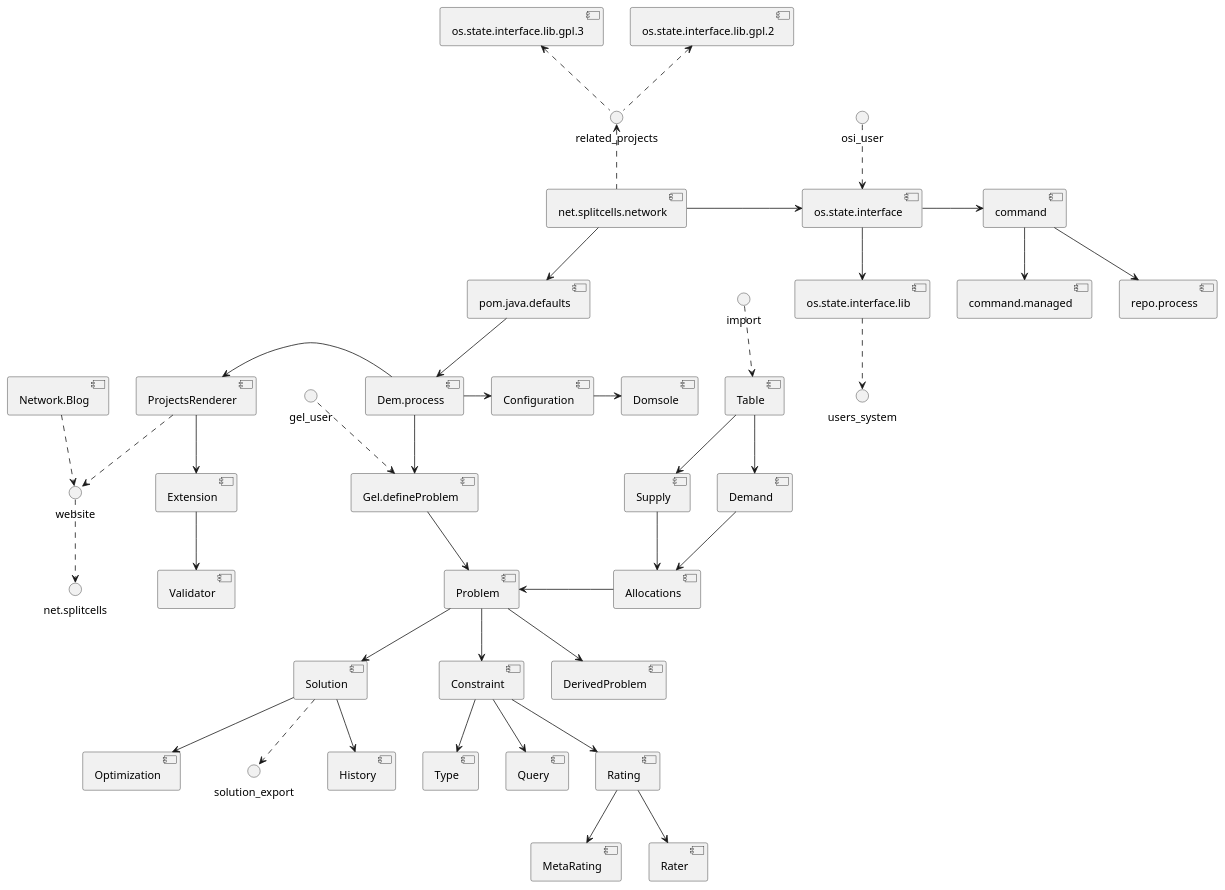
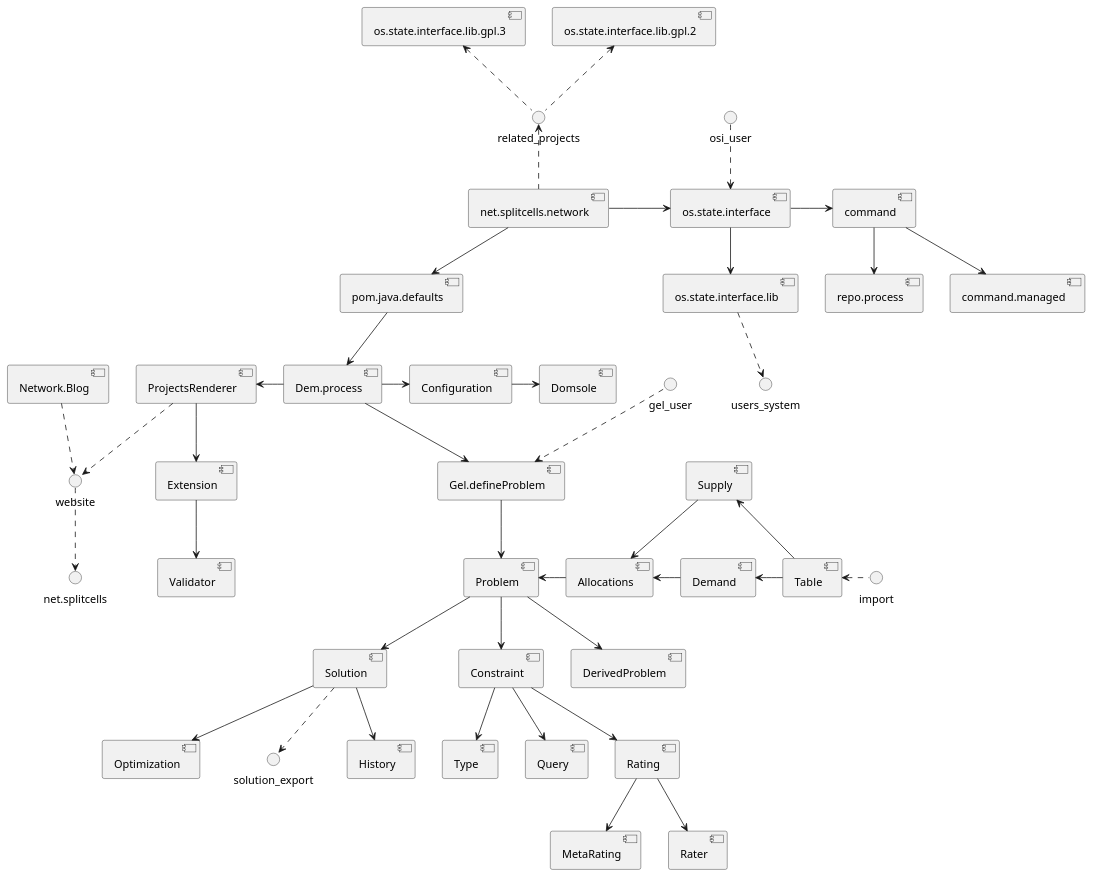
One commit to www-splitcells-net/net.splitcells.network changed the first of 2 diagrams in src/main/md/net/splitcells/network/overview.md. Above: the diagram before and after it, drawn with PlantUML.

Commit message:
#77 Improve layout.

````diff
--- a/src/main/md/net/splitcells/network/overview.md
+++ b/src/main/md/net/splitcells/network/overview.md
@@ -11,50 +11,50 @@
 ```puml
 @startuml
 
 [net.splitcells.network] .up.> related_projects
 related_projects .up.> [os.state.interface.lib.gpl.2]
 related_projects .up.> [os.state.interface.lib.gpl.3]
 [net.splitcells.network] -down-> [pom.java.defaults]
 
 [pom.java.defaults] -down-> [Dem.process]
 [Dem.process] -right-> [Configuration]
 [Configuration] -right-> [Domsole]
 [Dem.process] -down-> [Gel.defineProblem]
 gel_user .down.> [Gel.defineProblem]
 [Gel.defineProblem] -down-> [Problem]
 [Problem] -down-> [Solution]
 [Solution] -down-> [Optimization]
 [Solution] .down.> solution_export
 [Solution] -down-> [History]
 
-import .down.> [Table]
-[Table] -down-> [Supply]
-[Table] -down-> [Demand]
+import .left.> [Table]
+[Table] -left-> [Supply]
+[Table] -left-> [Demand]
 [Supply] -down-> [Allocations]
-[Demand] -down-> [Allocations]
+[Demand] -left-> [Allocations]
 [Allocations] -left-> [Problem]
 [Problem] -down-> [Constraint]
 [Problem] -down-> [DerivedProblem]
 [Constraint] -down-> [Type]
 [Constraint] -down-> [Query]
 [Constraint] -down-> [Rating]
 [Rating] -down-> [MetaRating]
 [Rating] -down-> [Rater]
 
 [net.splitcells.network] -right-> [os.state.interface]
 osi_user .down.> [os.state.interface]
 [os.state.interface] -down-> [os.state.interface.lib]
 [os.state.interface] -right-> [command]
 [command] -down-> [repo.process]
 [command] -down-> [command.managed]
 [os.state.interface.lib] .down.> users_system
 
 [Dem.process] -left-> [ProjectsRenderer]
 [ProjectsRenderer] .down.> website
 [ProjectsRenderer] -down-> [Extension]
 [Extension] -down-> [Validator]
 [Network.Blog] .down.> website
 website .down.> net.splitcells
 
 @enduml
 ```
````
